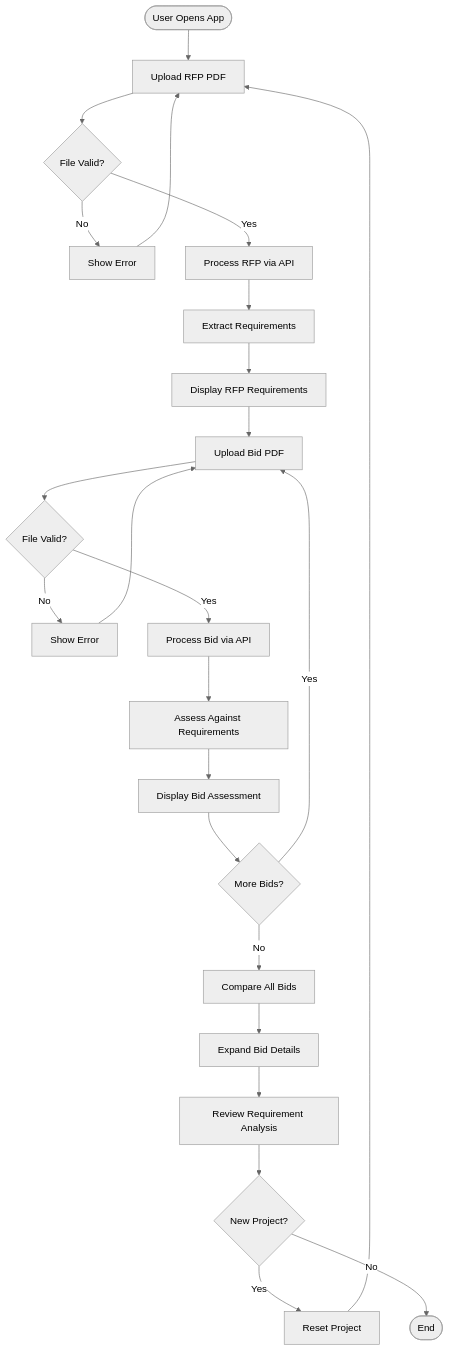
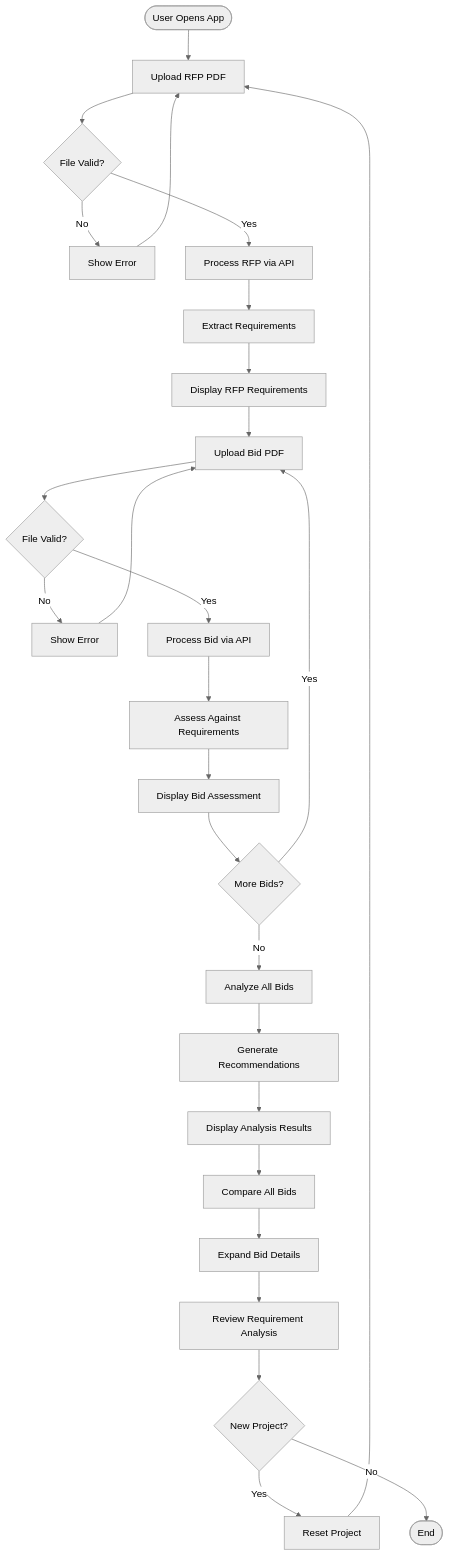
One commit to jeffbuze/rfp-mvp changed the diagram in README.md. Above: the diagram before and after it, drawn with Mermaid (neutral theme). The commit also changed other lines of this file, not shown here.

Commit message:
Updated README.md to reflect new features including comprehensive bid analysis, automatic question generation, and changes in AI integration from Claude Sonnet 4.5 to Claude Haiku 4.5. Added detailed API documentation for the new analyze-all endpoint and improved user flow descriptions.

````diff
--- a/README.md
+++ b/README.md
@@ -139,26 +180,29 @@
 ```mermaid
 flowchart TD
     Start([User Opens App]) --> UploadRFP[Upload RFP PDF]
     UploadRFP --> ValidateRFP{File Valid?}
     ValidateRFP -->|No| ErrorRFP[Show Error]
     ErrorRFP --> UploadRFP
     ValidateRFP -->|Yes| ProcessRFP[Process RFP via API]
     ProcessRFP --> ExtractReq[Extract Requirements]
     ExtractReq --> DisplayRFP[Display RFP Requirements]
     DisplayRFP --> UploadBid[Upload Bid PDF]
     UploadBid --> ValidateBid{File Valid?}
     ValidateBid -->|No| ErrorBid[Show Error]
     ErrorBid --> UploadBid
     ValidateBid -->|Yes| ProcessBid[Process Bid via API]
     ProcessBid --> AssessReq[Assess Against Requirements]
     AssessReq --> DisplayBid[Display Bid Assessment]
     DisplayBid --> MoreBids{More Bids?}
     MoreBids -->|Yes| UploadBid
-    MoreBids -->|No| Compare[Compare All Bids]
+    MoreBids -->|No| AnalyzeAll[Analyze All Bids]
+    AnalyzeAll --> GenerateAnalysis[Generate Recommendations]
+    GenerateAnalysis --> DisplayAnalysis[Display Analysis Results]
+    DisplayAnalysis --> Compare[Compare All Bids]
     Compare --> Expand[Expand Bid Details]
     Expand --> Review[Review Requirement Analysis]
     Review --> NewProject{New Project?}
     NewProject -->|Yes| Reset[Reset Project]
     Reset --> UploadRFP
     NewProject -->|No| End([End])
 ```
````
